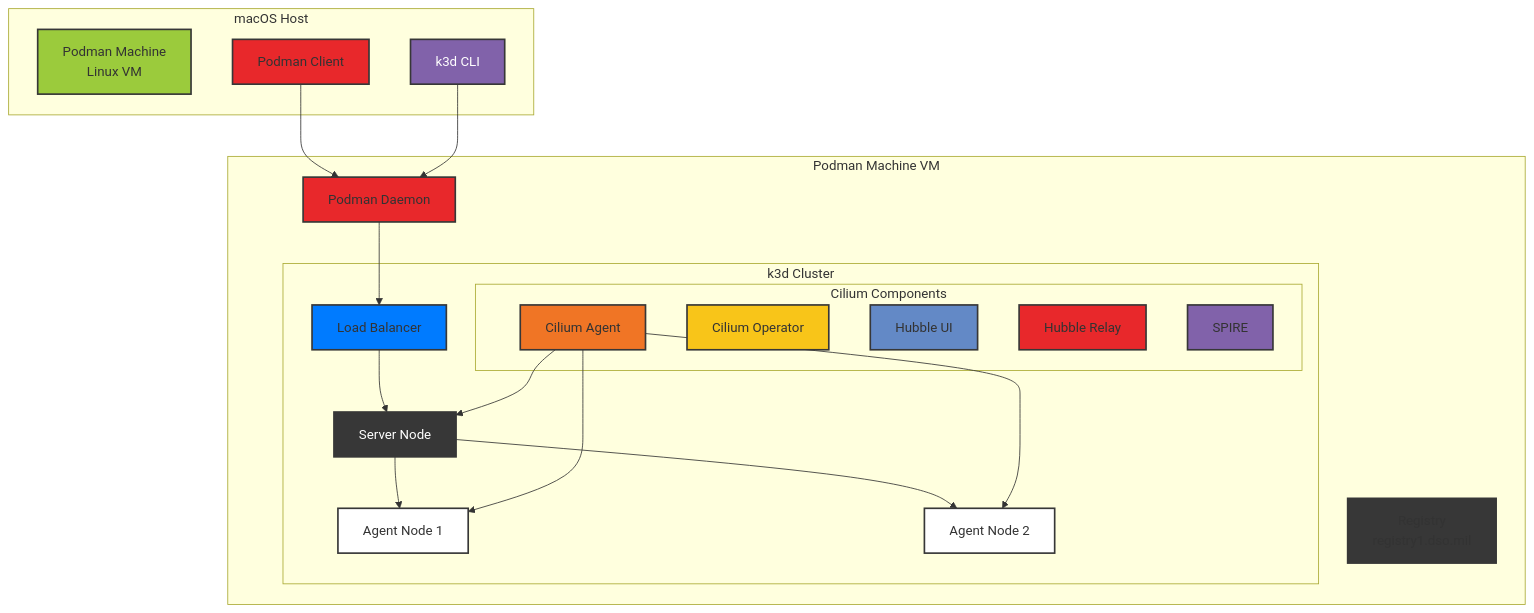
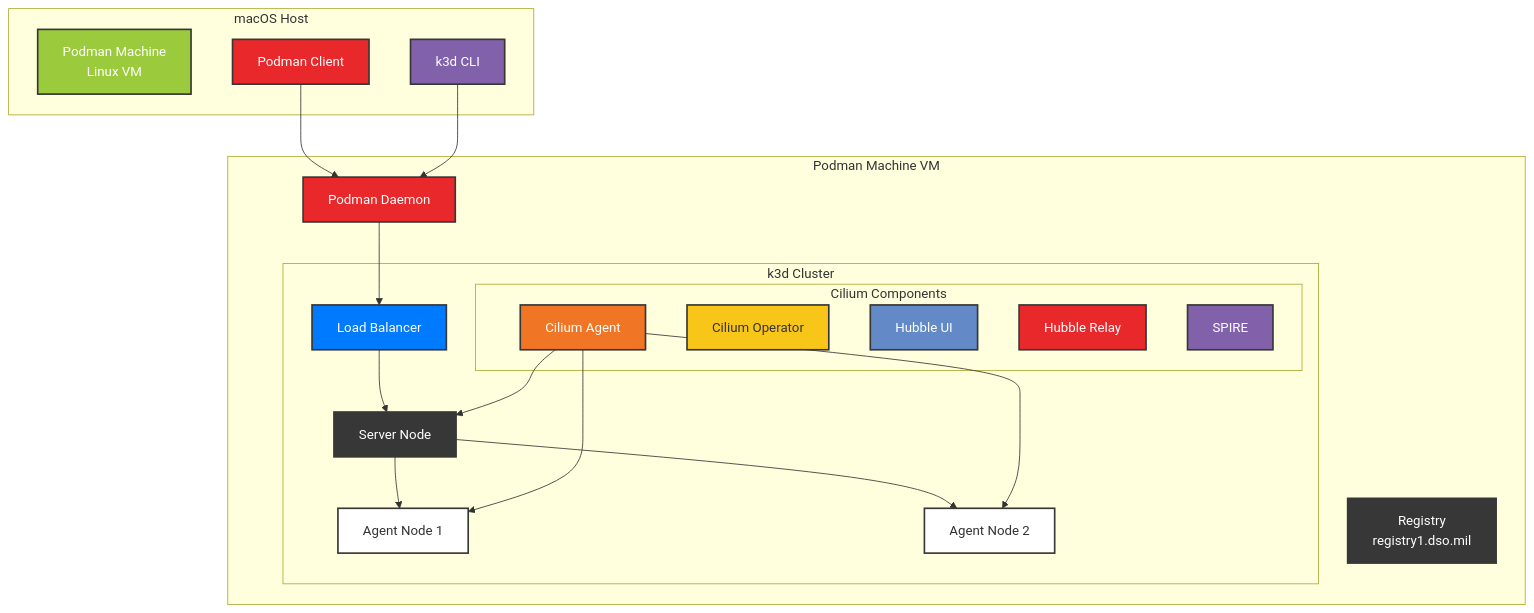
Before and after one commit to mkm29/k3d-cilium: the diagram in README-CILIUM.md, drawn with Mermaid. The commit also changed 1 other file, not shown here.

Commit message:
Update color styles in README and README-CILIUM for improved visibility

````diff
--- a/README-CILIUM.md
+++ b/README-CILIUM.md
@@ -13,54 +13,54 @@
 ```mermaid
 graph TB
     subgraph "macOS Host"
         PM[Podman Machine<br/>Linux VM]
         PC[Podman Client]
         K3D[k3d CLI]
     end
 
     subgraph "Podman Machine VM"
         PD[Podman Daemon]
 
         subgraph "k3d Cluster"
             LB[Load Balancer]
             S1[Server Node]
             A1[Agent Node 1]
             A2[Agent Node 2]
 
             subgraph "Cilium Components"
                 CA[Cilium Agent]
                 CO[Cilium Operator]
                 HU[Hubble UI]
                 HR[Hubble Relay]
                 SP[SPIRE]
             end
         end
 
         REG[Registry<br/>registry1.dso.mil]
     end
 
     PC --> PD
     K3D --> PD
     PD --> LB
     LB --> S1
     S1 --> A1
     S1 --> A2
     CA --> S1
     CA --> A1
     CA --> A2
 
-    style PM fill:#9bcb3c,stroke:#373737,stroke-width:2px,color:#333
-    style PD fill:#e8282b,stroke:#373737,stroke-width:2px,color:#333
-    style K3D fill:#8162aa,stroke:#373737,stroke-width:2px,color:#FFF
-    style PC fill:#e8282b,stroke:#373737,stroke-width:2px,color:#333
-    style LB fill:#007BFF,stroke:#373737,stroke-width:2px,color:#333
-    style S1 fill:#373737,stroke:#373737,stroke-width:2px,color:#FFF
+    style PM fill:#9bcb3c,stroke:#373737,stroke-width:2px,color:#fff
+    style PD fill:#e8282b,stroke:#373737,stroke-width:2px,color:#fff
+    style K3D fill:#8162aa,stroke:#373737,stroke-width:2px,color:#fff
+    style PC fill:#e8282b,stroke:#373737,stroke-width:2px,color:#fff
+    style LB fill:#007BFF,stroke:#373737,stroke-width:2px,color:#fff
+    style S1 fill:#373737,stroke:#373737,stroke-width:2px,color:#fff
     style A1 fill:#FFFFFF,stroke:#373737,stroke-width:2px,color:#333
     style A2 fill:#FFFFFF,stroke:#373737,stroke-width:2px,color:#333
-    style CA fill:#f07525,stroke:#373737,stroke-width:2px,color:#333
+    style CA fill:#f07525,stroke:#373737,stroke-width:2px,color:#fff
     style CO fill:#f8c519,stroke:#373737,stroke-width:2px,color:#333
-    style HU fill:#6389c6,stroke:#373737,stroke-width:2px,color:#333
-    style HR fill:#e8282b,stroke:#373737,stroke-width:2px,color:#333
-    style SP fill:#8162aa,stroke:#373737,stroke-width:2px,color:#333
-    style REG fill:#373737,stroke:#373737,stroke-width:2px,color:#333
+    style HU fill:#6389c6,stroke:#373737,stroke-width:2px,color:#fff
+    style HR fill:#e8282b,stroke:#373737,stroke-width:2px,color:#fff
+    style SP fill:#8162aa,stroke:#373737,stroke-width:2px,color:#fff
+    style REG fill:#373737,stroke:#373737,stroke-width:2px,color:#fff
 ```
````
